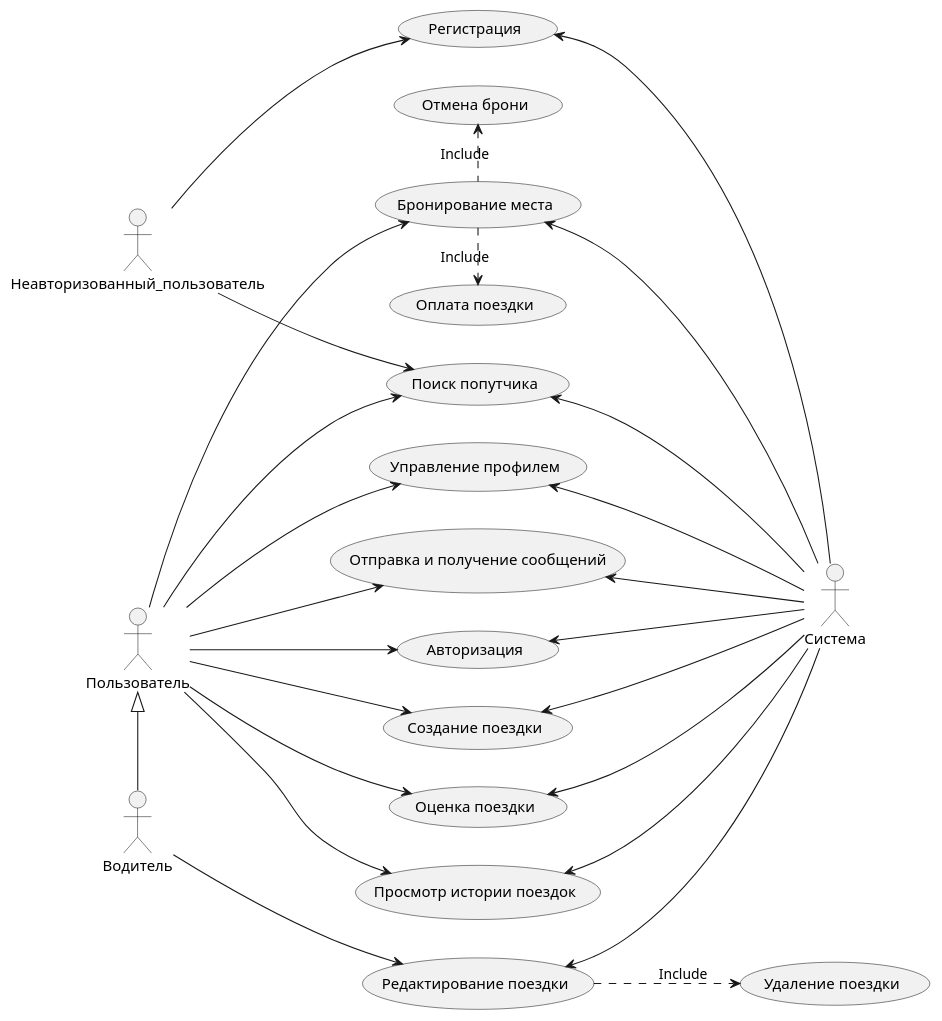
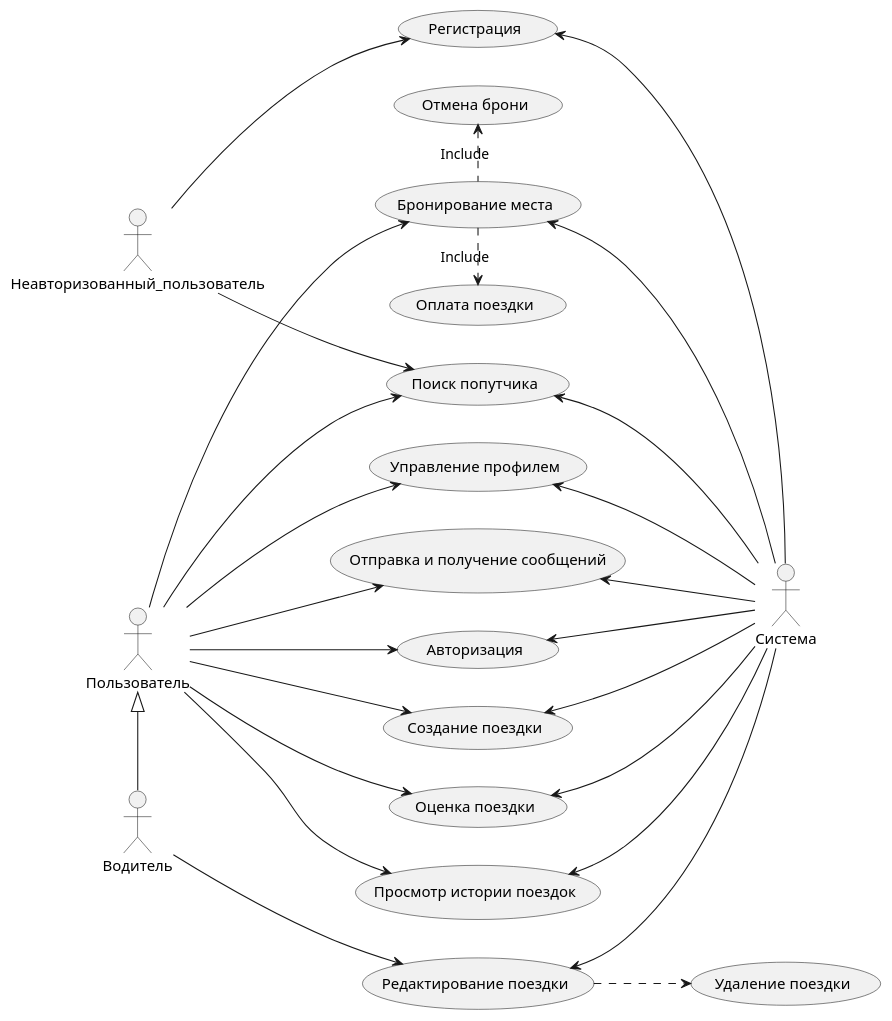
Before and after one commit to BUka228/CarPooling: the diagram in UML/Use Case.puml, drawn with PlantUML.

```diff
--- a/UML/Use Case.puml
+++ b/UML/Use Case.puml
@@ -1,44 +1,44 @@
 @startuml
 'https://plantuml.com/use-case-diagram
 
 left to right direction
 
 actor Неавторизованный_пользователь
 actor Пользователь
 actor Водитель
 actor Система
 
 
 Неавторизованный_пользователь --> (Регистрация)
 Неавторизованный_пользователь --> (Поиск попутчика)
 
 Пользователь --> (Авторизация)
 Пользователь --> (Поиск попутчика)
 Пользователь --> (Создание поездки)
 
 Пользователь --> (Бронирование места)
 (Бронирование места) .left.> (Отмена брони) : Include
 (Бронирование места) .right.> (Оплата поездки) : Include
 
 Пользователь --> (Оценка поездки)
 Пользователь --> (Просмотр истории поездок)
 Пользователь --> (Управление профилем)
 Пользователь --> (Отправка и получение сообщений)
 
 Водитель -left-|> Пользователь
 Водитель --> (Редактирование поездки)
-(Редактирование поездки) ..> (Удаление поездки) : Include
+(Редактирование поездки) ..> (Удаление поездки)
 
 
 (Авторизация) <-- Система
 (Поиск попутчика) <-- Система
 (Создание поездки) <-- Система
 (Бронирование места) <-- Система
 (Оценка поездки) <-- Система
 (Просмотр истории поездок) <-- Система
 (Управление профилем) <-- Система
 (Отправка и получение сообщений) <-- Система
 (Регистрация) <-- Система
 (Редактирование поездки) <-- Система
 
 @enduml
```
